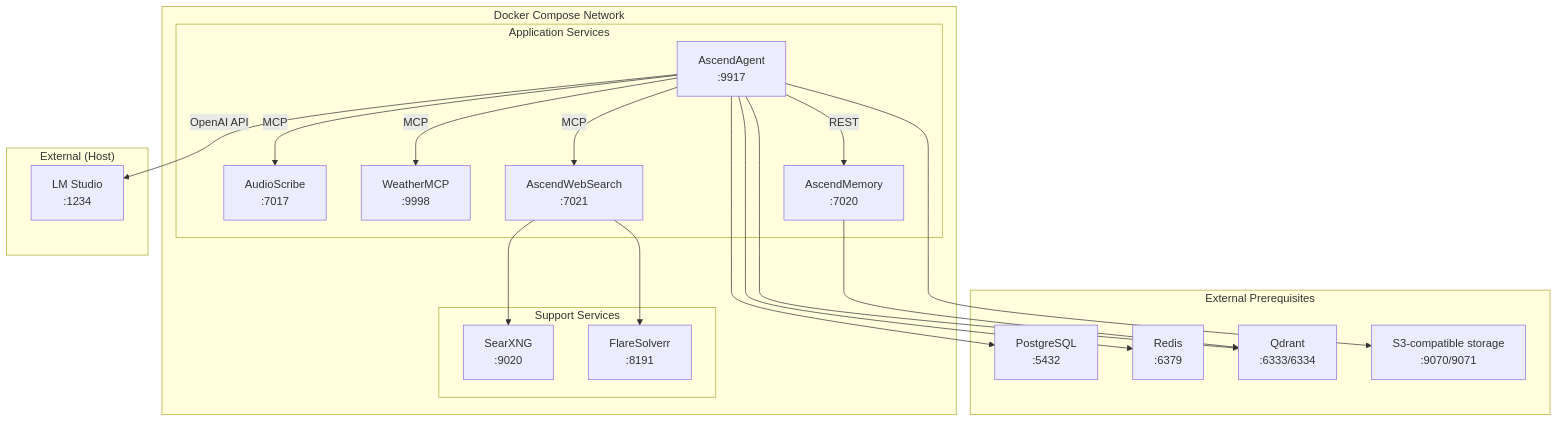
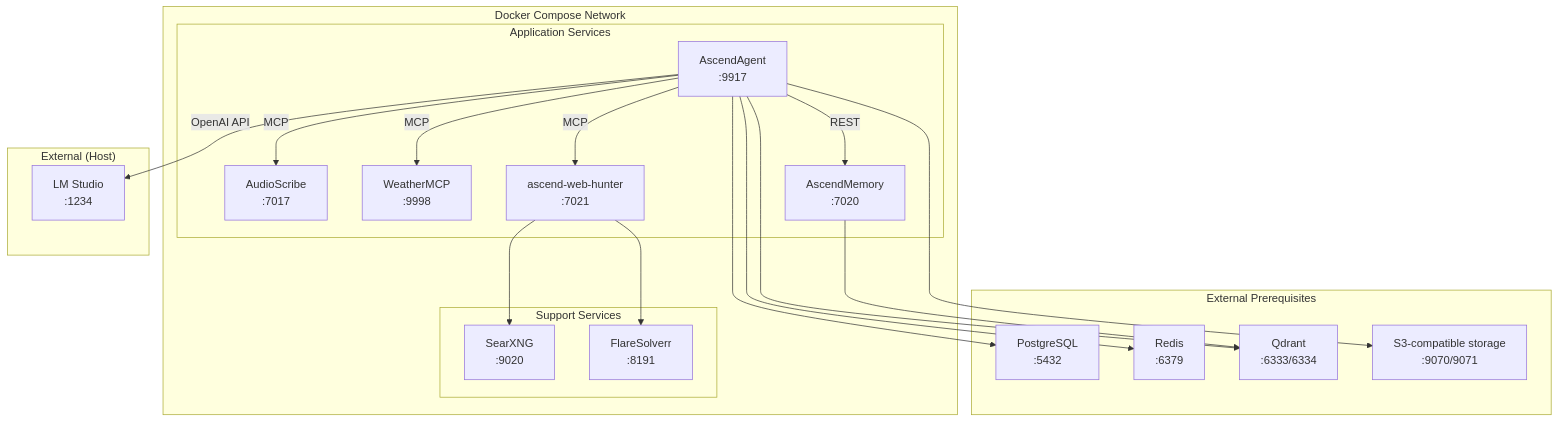
The diagram in AscendAgent/docs/architecture/arc42/07-deployment-view.md (Lukk17/AscendAI), drawn with Mermaid before and after one commit. The commit also changed other lines of this file and 422 other files, not shown here.

````diff
--- a/AscendAgent/docs/architecture/arc42/07-deployment-view.md
+++ b/AscendAgent/docs/architecture/arc42/07-deployment-view.md
@@ -7,41 +7,41 @@
 ```mermaid
 graph TB
     subgraph "External Prerequisites"
         Postgres["PostgreSQL<br/>:5432"]
         Redis["Redis<br/>:6379"]
         Qdrant["Qdrant<br/>:6333/6334"]
         S3["S3-compatible storage<br/>:9070/9071"]
     end
 
     subgraph "Docker Compose Network"
         subgraph "Application Services"
             AscendAgent["AscendAgent<br/>:9917"]
             AudioScribe["AudioScribe<br/>:7017"]
             Weather["WeatherMCP<br/>:9998"]
-            WebSearch["AscendWebSearch<br/>:7021"]
+            WebHunter["ascend-web-hunter<br/>:7021"]
             Memory["AscendMemory<br/>:7020"]
         end
 
         subgraph "Support Services"
             SearXNG["SearXNG<br/>:9020"]
             FlareSolverr["FlareSolverr<br/>:8191"]
         end
     end
 
     subgraph "External (Host)"
         LMStudio["LM Studio<br/>:1234"]
     end
 
     AscendAgent -->|"MCP"| AudioScribe
     AscendAgent -->|"MCP"| Weather
-    AscendAgent -->|"MCP"| WebSearch
+    AscendAgent -->|"MCP"| WebHunter
     AscendAgent -->|"REST"| Memory
     AscendAgent --> Postgres
     AscendAgent --> Redis
     AscendAgent --> Qdrant
     AscendAgent --> S3
-    WebSearch --> SearXNG
-    WebSearch --> FlareSolverr
+    WebHunter --> SearXNG
+    WebHunter --> FlareSolverr
     Memory --> Qdrant
     AscendAgent -->|"OpenAI API"| LMStudio
 ```
````
